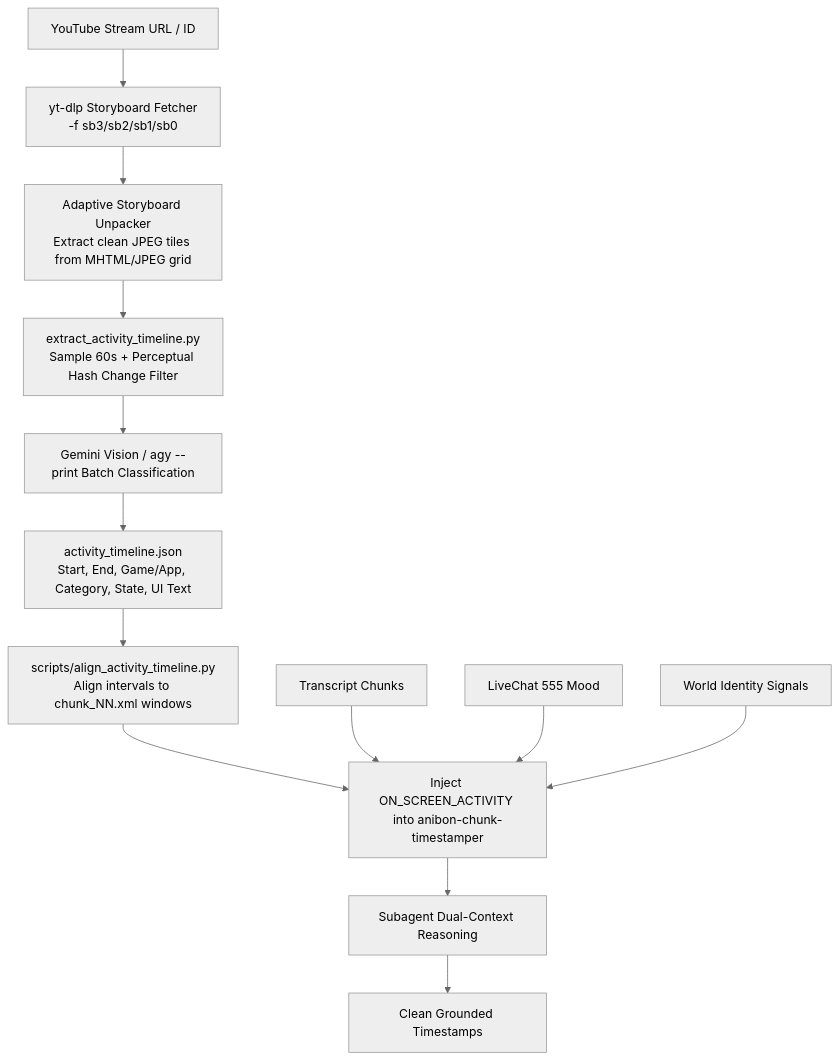
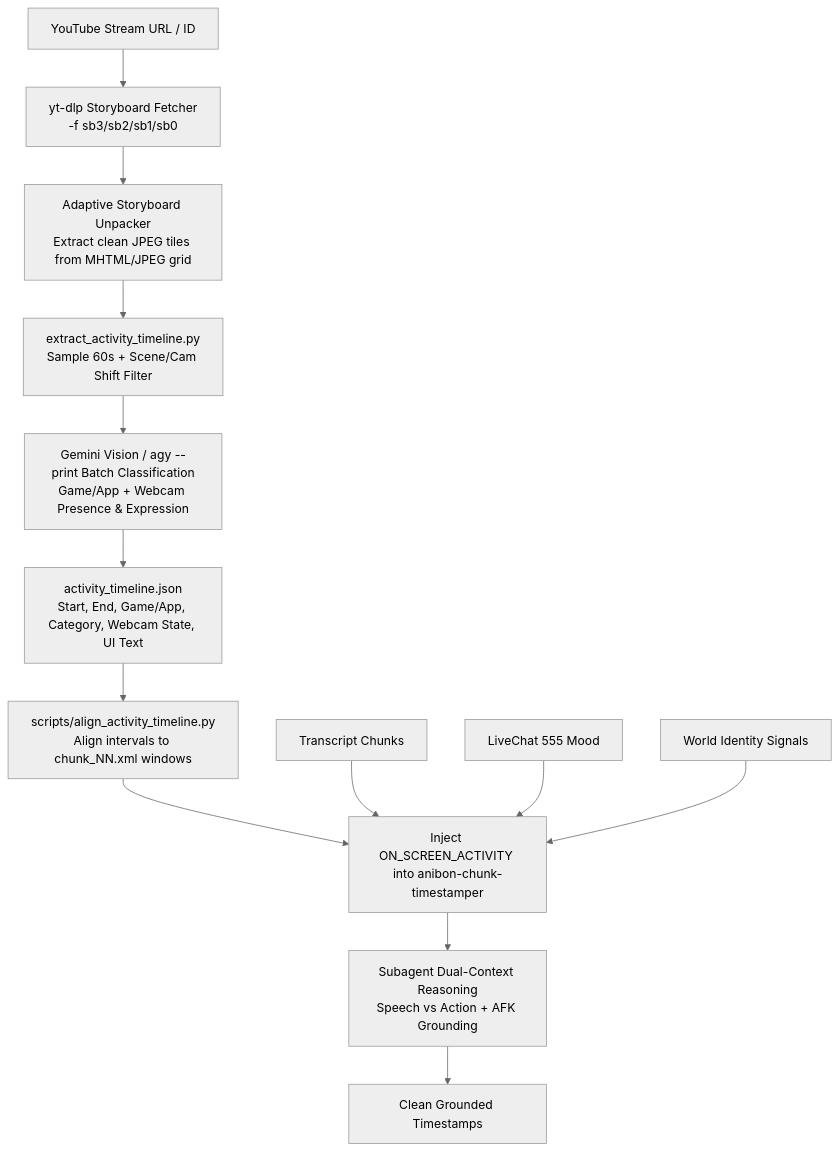
Before and after one commit to ZenitHTH/anibon-stream-synthesis: the diagram in docs/superpowers/specs/2026-08-28-anibon-stream-activity-design.md, drawn with Mermaid (neutral theme). The commit also changed other lines of this file, not shown here.

Commit message:
docs(spec): update anibon-stream-activity spec with webcam and AFK detection

````diff
--- a/docs/superpowers/specs/2026-08-28-anibon-stream-activity-design.md
+++ b/docs/superpowers/specs/2026-08-28-anibon-stream-activity-design.md
@@ -38,18 +42,18 @@
 ```mermaid
 flowchart TD
     A[YouTube Stream URL / ID] --> B[yt-dlp Storyboard Fetcher\n-f sb3/sb2/sb1/sb0]
     B --> C[Adaptive Storyboard Unpacker\nExtract clean JPEG tiles from MHTML/JPEG grid]
-    C --> D[extract_activity_timeline.py\nSample 60s + Perceptual Hash Change Filter]
-    D --> E[Gemini Vision / agy --print Batch Classification]
-    E --> F[activity_timeline.json\nStart, End, Game/App, Category, State, UI Text]
+    C --> D[extract_activity_timeline.py\nSample 60s + Scene/Cam Shift Filter]
+    D --> E[Gemini Vision / agy --print Batch Classification\nGame/App + Webcam Presence & Expression]
+    E --> F[activity_timeline.json\nStart, End, Game/App, Category, Webcam State, UI Text]
     
     F --> G[scripts/align_activity_timeline.py\nAlign intervals to chunk_NN.xml windows]
     G --> H[Inject ON_SCREEN_ACTIVITY into anibon-chunk-timestamper]
     
     I[Transcript Chunks] --> H
     J[LiveChat 555 Mood] --> H
     K[World Identity Signals] --> H
     
-    H --> L[Subagent Dual-Context Reasoning]
+    H --> L[Subagent Dual-Context Reasoning\nSpeech vs Action + AFK Grounding]
     L --> M[Clean Grounded Timestamps]
 ```
````
